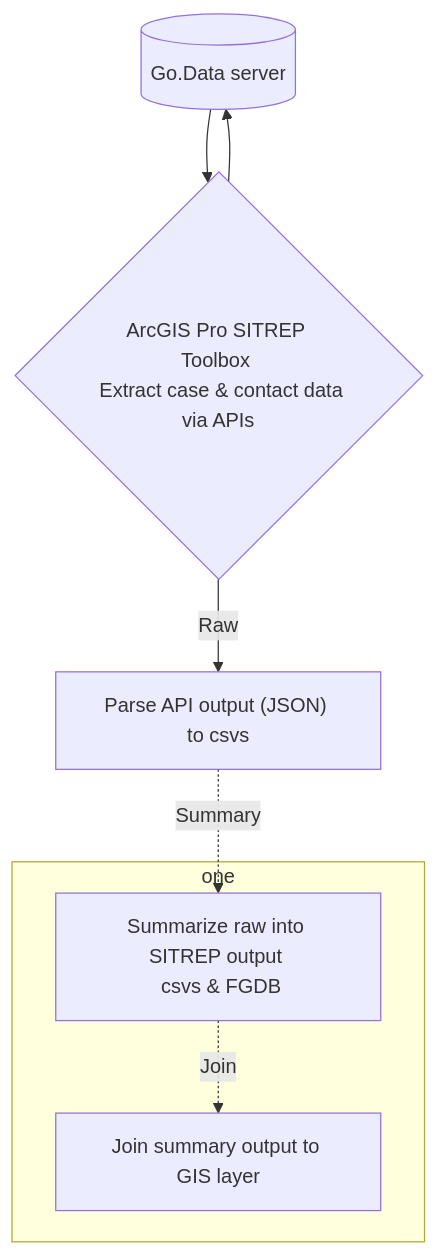
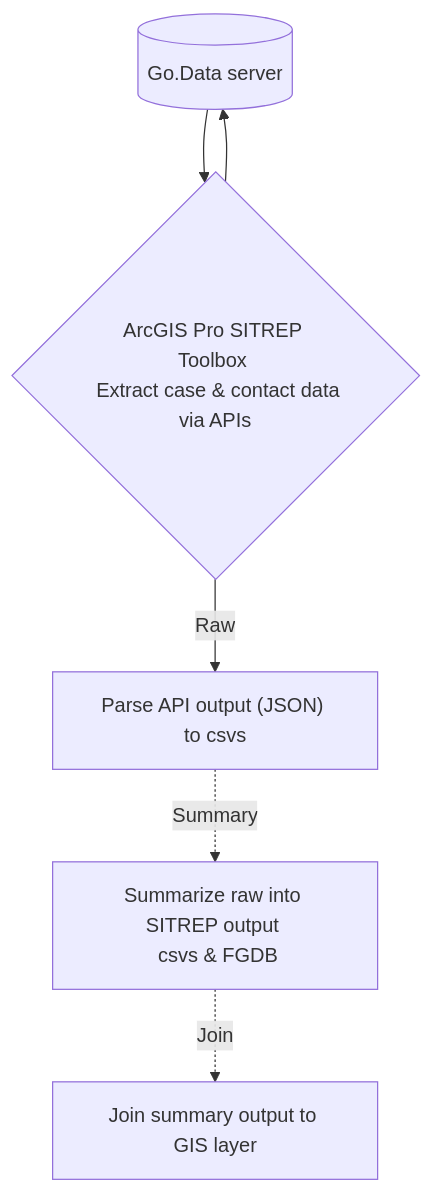
The diagram in README.md (LangsterGA/mermaid), drawn with Mermaid before and after one commit.

````diff
--- a/README.md
+++ b/README.md
@@ -3,10 +3,8 @@
 ```mermaid
   graph TD
     A[(Go.Data server)]--> B{ArcGIS Pro SITREP Toolbox <br/> Extract case & contact data<br/>via APIs};
     B-->A
     B -->|Raw| C["Parse API output (JSON) to csvs"];
     C-.->|Summary| D[Summarize raw into SITREP output <br/> csvs & FGDB]; 
-    subgraph one
     D-.->|Join| E[Join summary output to GIS layer];
-    end
-```
+ ```
````
